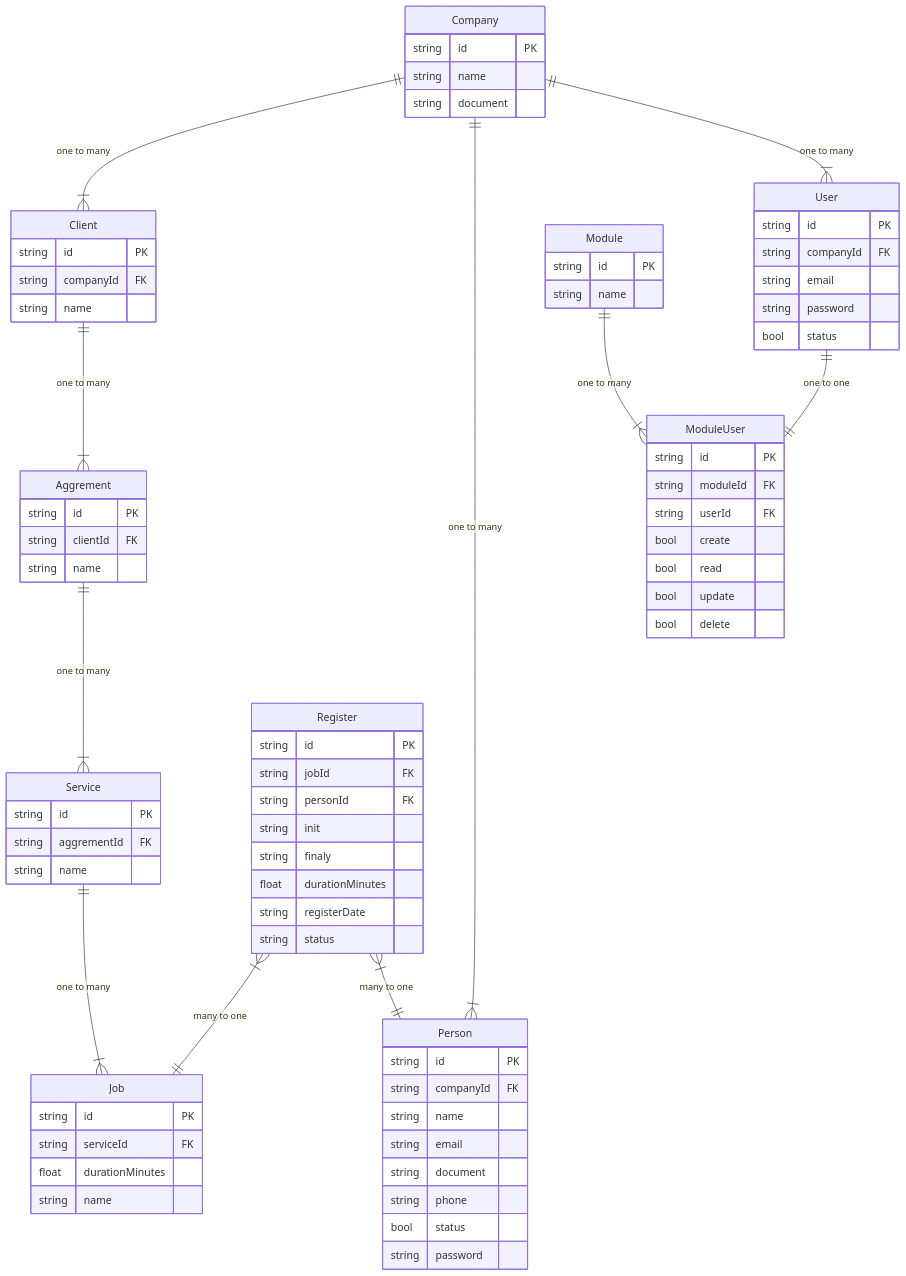
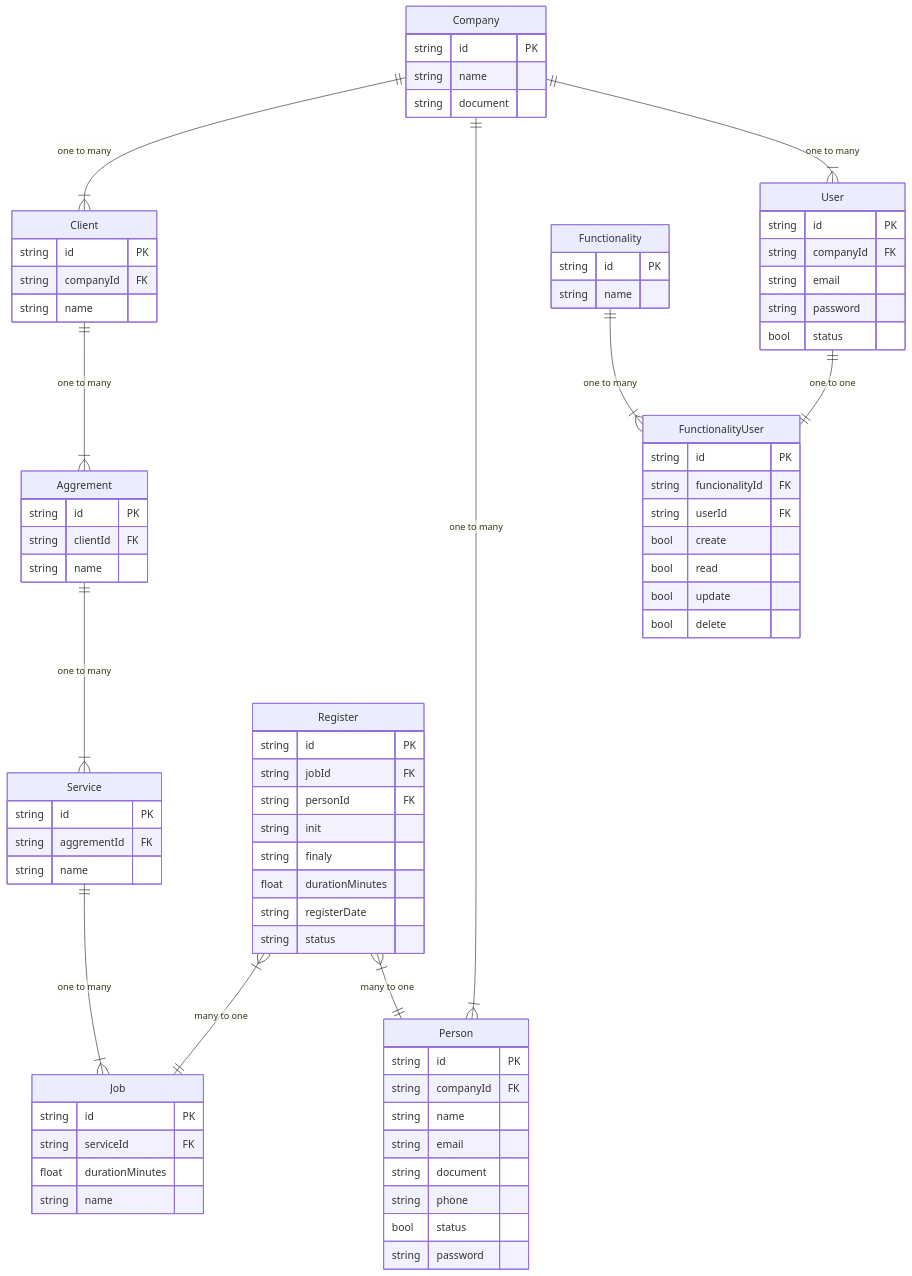
Before and after one commit to cristiano182/open-punch-clock: the diagram in svc-api/MER.md, drawn with Mermaid. The commit also changed 154 other files, not shown here.

````diff
--- a/svc-api/MER.md
+++ b/svc-api/MER.md
@@ -45,14 +45,14 @@
         bool status
     }
 
-    Module {
+    Functionality {
         string id PK
         string name
     }
 
-    ModuleUser {
+    FunctionalityUser {
         string id PK
-        string moduleId FK
+        string funcionalityId FK
         string userId FK
         bool create
         bool read
@@ -79,7 +79,7 @@
     Service      ||--|{ Job : "one to many"
     Register     }|--|| Job : "many to one"
     Register     }|--|| Person : "many to one"
-    User         ||--|| ModuleUser : "one to one"
-    Module       ||--|{ ModuleUser : "one to many"
+    User         ||--|| FunctionalityUser : "one to one"
+    Functionality       ||--|{ FunctionalityUser : "one to many"
 
 ```
````
